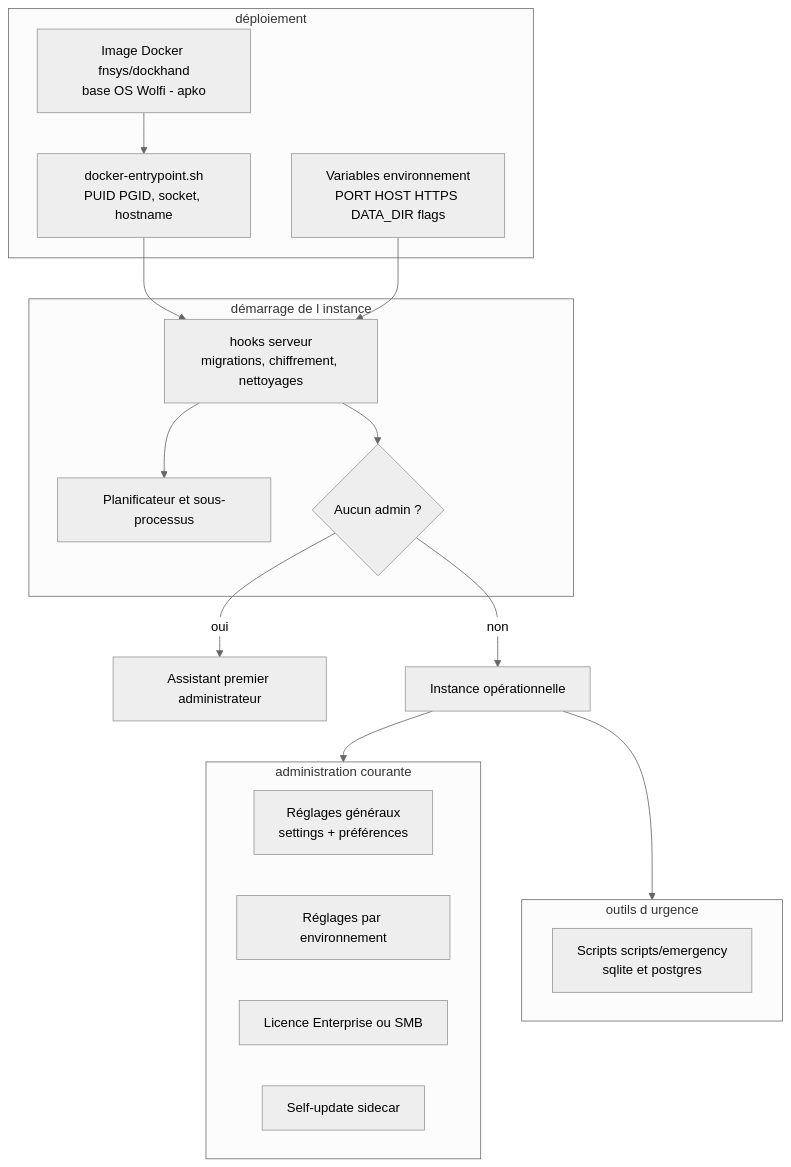
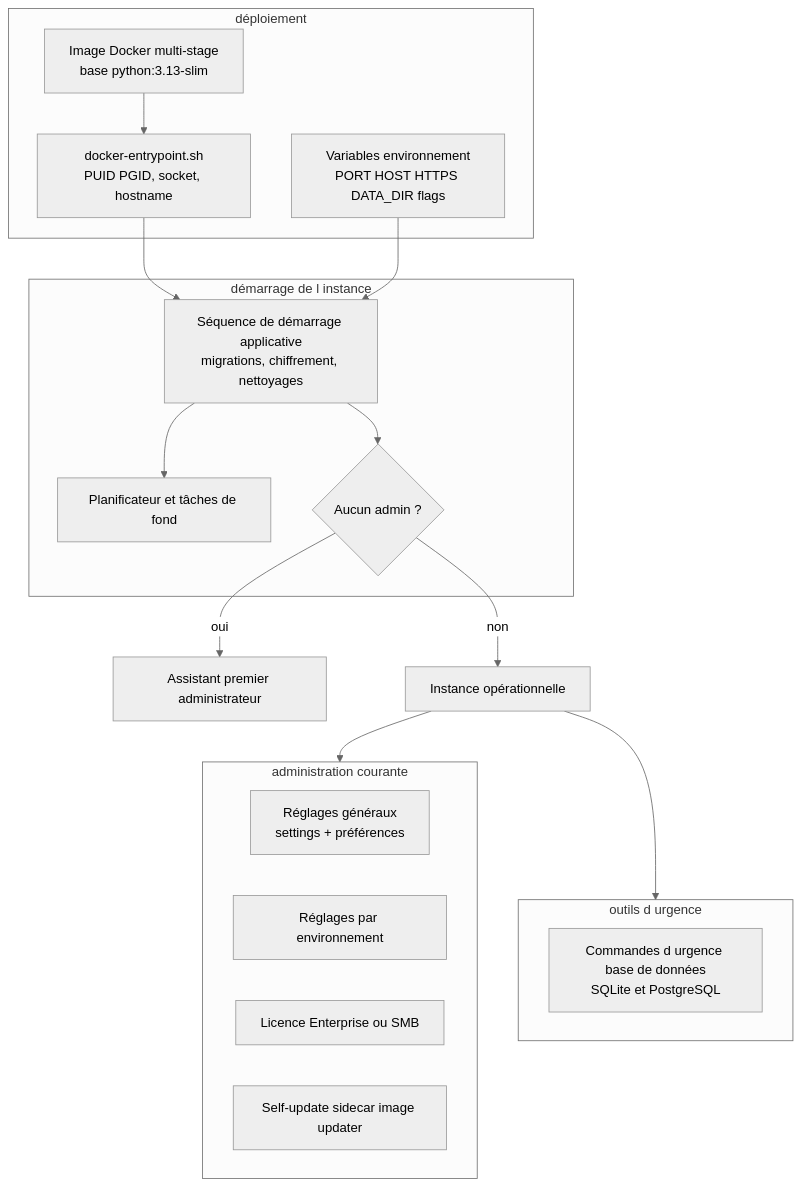
The first of 2 diagrams in docs/spec_dockhand_reference/15-administration-exploitation.md (stefapi/windflow), drawn with Mermaid (neutral theme) before and after one commit. The commit also changed other lines of this file and 15 other files, not shown here.

````diff
--- a/docs/spec_dockhand_reference/15-administration-exploitation.md
+++ b/docs/spec_dockhand_reference/15-administration-exploitation.md
@@ -47,34 +43,34 @@
 ```mermaid
 flowchart TB
     subgraph Deploy[ déploiement ]
-        IMG[Image Docker fnsys/dockhand<br/>base OS Wolfi - apko]
+        IMG[Image Docker multi-stage<br/>base python:3.13-slim]
         ENTRY[docker-entrypoint.sh<br/>PUID PGID, socket, hostname]
         ENVV[Variables environnement<br/>PORT HOST HTTPS DATA_DIR flags]
     end
 
     subgraph Boot[ démarrage de l instance ]
-        HOOKS[hooks serveur<br/>migrations, chiffrement, nettoyages]
-        SCHED[Planificateur et sous-processus]
+        HOOKS[Séquence de démarrage applicative<br/>migrations, chiffrement, nettoyages]
+        SCHED[Planificateur et tâches de fond]
         INSTALL{Aucun admin ?}
     end
 
     subgraph Admin[ administration courante ]
         SETTINGS[Réglages généraux<br/>settings + préférences]
         ENVSET[Réglages par environnement]
         LIC[Licence Enterprise ou SMB]
-        SELFUPD[Self-update sidecar]
+        SELFUPD[Self-update sidecar image updater]
     end
 
     subgraph Urgence[ outils d urgence ]
-        EMM[Scripts scripts/emergency<br/>sqlite et postgres]
+        EMM[Commandes d urgence base de données<br/>SQLite et PostgreSQL]
     end
 
     IMG --> ENTRY --> HOOKS
     ENVV --> HOOKS
     HOOKS --> SCHED
     HOOKS --> INSTALL
     INSTALL -- oui --> WIZARD[Assistant premier administrateur]
     INSTALL -- non --> RUN[Instance opérationnelle]
     RUN --> Admin
     RUN --> Urgence
 ```
````
